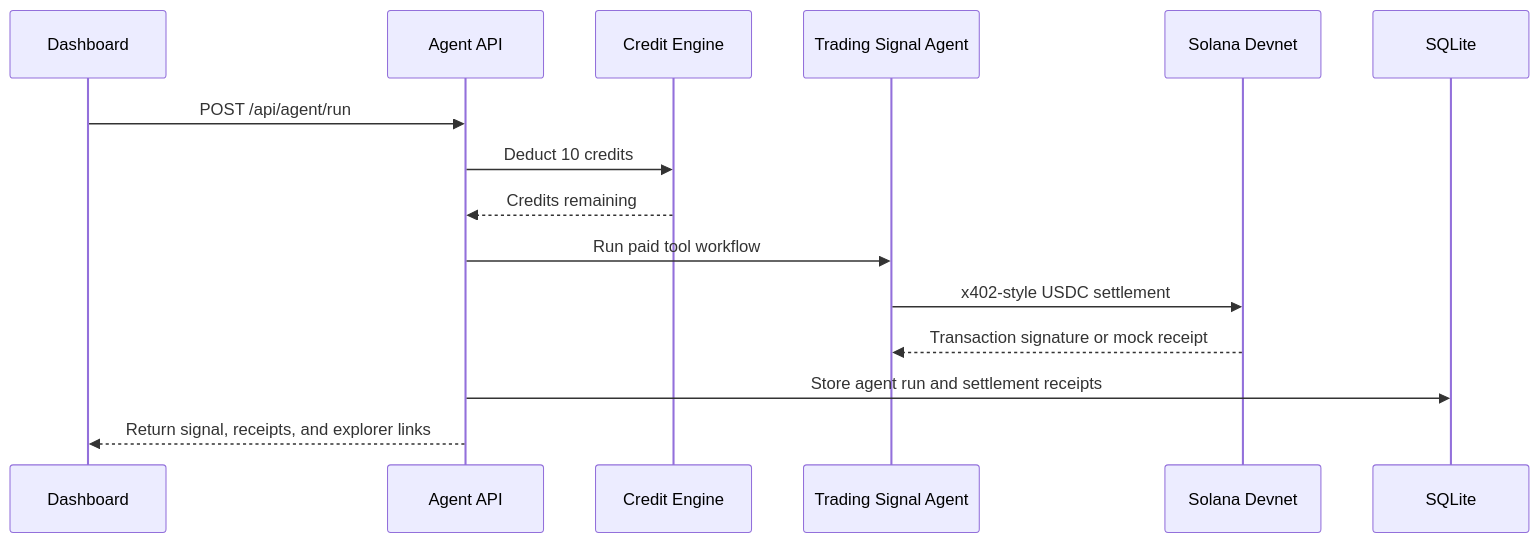
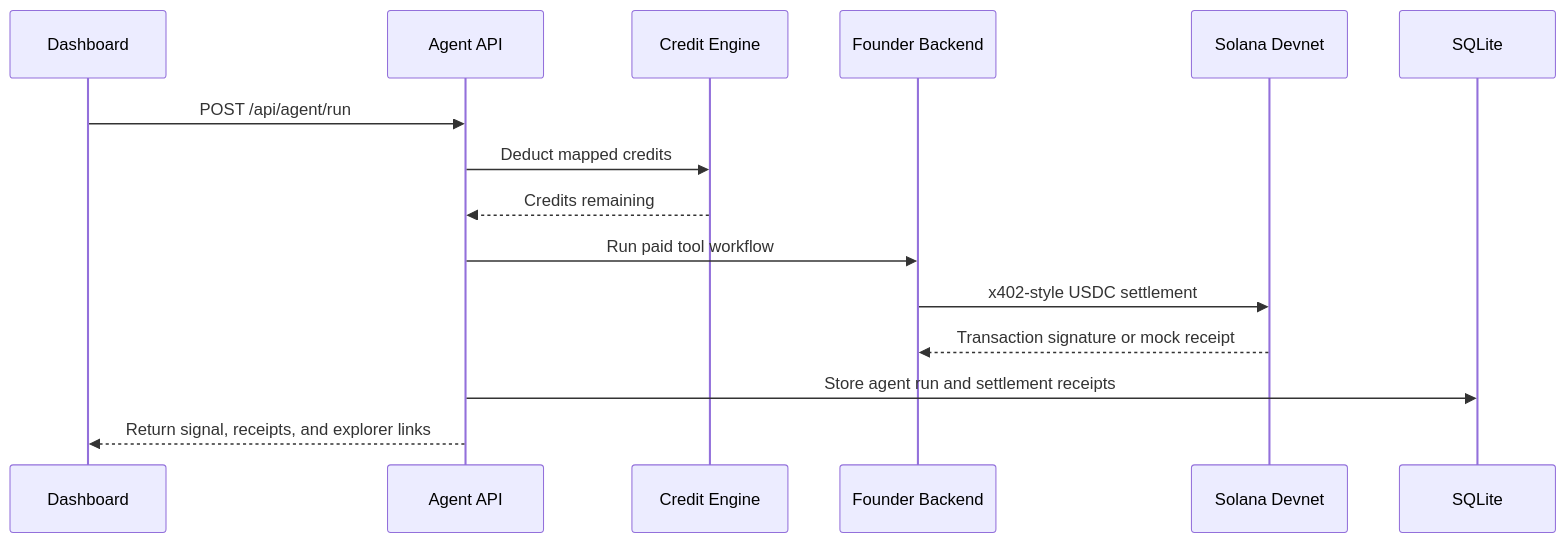
One commit to ShivamSoni20/DodoArc changed the fourth of 5 diagrams in README.md. Above: the diagram before and after it, drawn with Mermaid. The commit also changed other lines of this file and 27 other files, not shown here.

Commit message:
Polish auth flow and demo docs

````diff
--- a/README.md
+++ b/README.md
@@ -219,18 +222,18 @@
 ```mermaid
 sequenceDiagram
     participant UI as Dashboard
     participant API as Agent API
     participant Credits as Credit Engine
-    participant Agent as Trading Signal Agent
+    participant Agent as Founder Backend
     participant Solana as Solana Devnet
     participant DB as SQLite
 
     UI->>API: POST /api/agent/run
-    API->>Credits: Deduct 10 credits
+    API->>Credits: Deduct mapped credits
     Credits-->>API: Credits remaining
     API->>Agent: Run paid tool workflow
     Agent->>Solana: x402-style USDC settlement
     Solana-->>Agent: Transaction signature or mock receipt
     API->>DB: Store agent run and settlement receipts
     API-->>UI: Return signal, receipts, and explorer links
 ```
````
